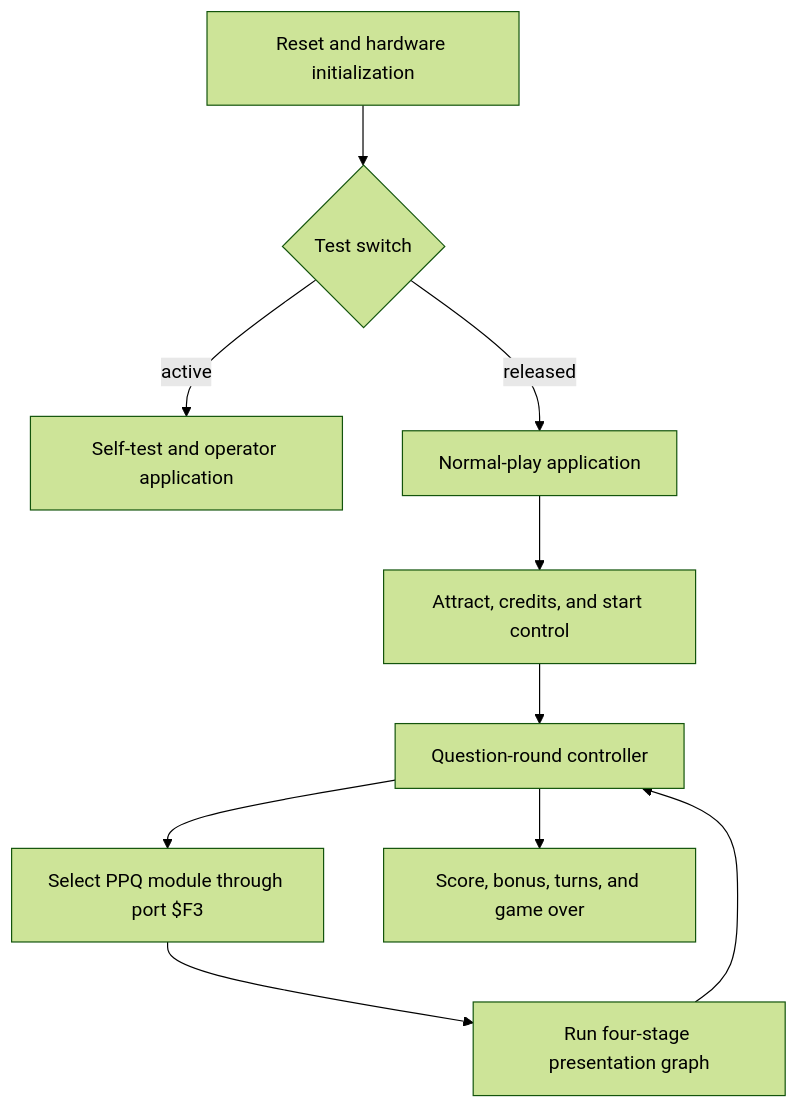
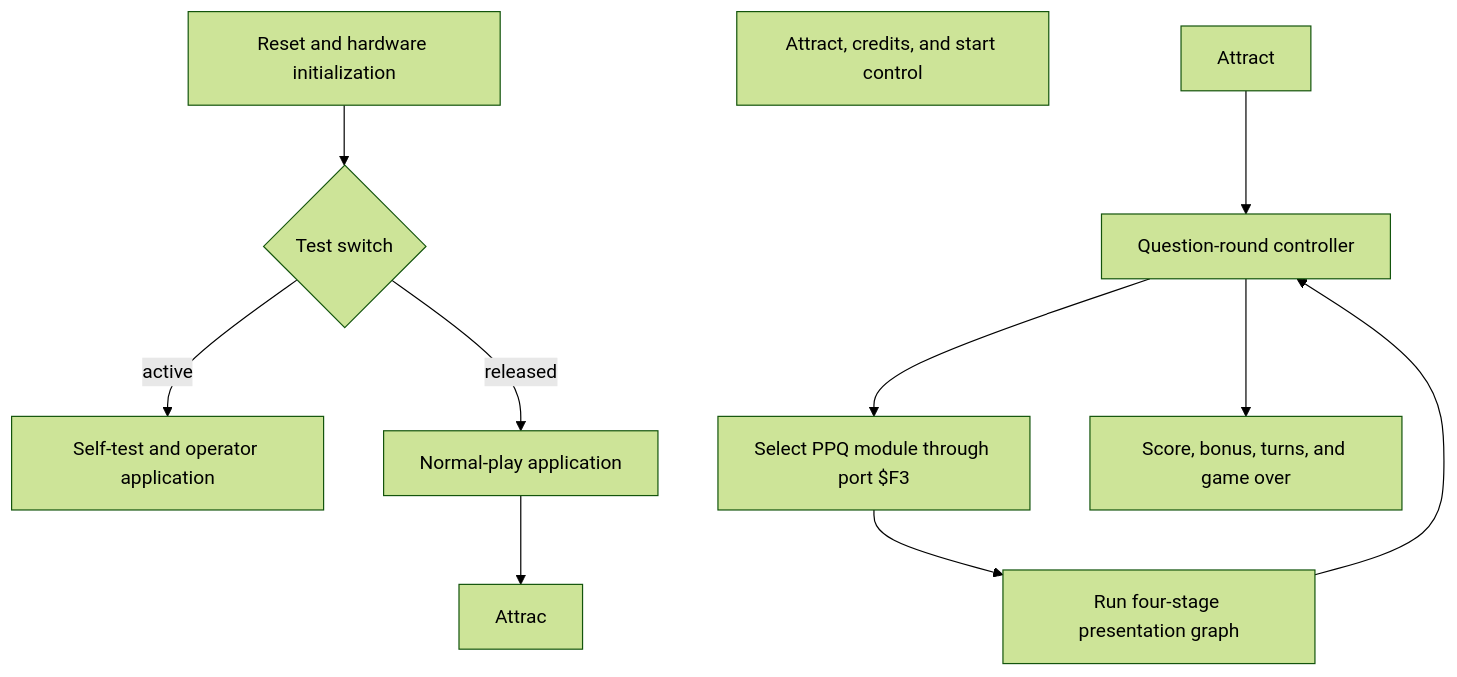
Before and after one commit to lizard43/profpac: the first of 2 diagrams in README.md, drawn with Mermaid (forest theme). The commit also changed other lines of this file, not shown here.

````diff
--- a/README.md
+++ b/README.md
@@ -36,12 +37,13 @@
 ```mermaid
 flowchart TD
     Reset["Reset and hardware initialization"] --> Mode{"Test switch"}
     Mode -->|"active"| Test["Self-test and operator application"]
     Mode -->|"released"| Main["Normal-play application"]
-    Main --> Attract["Attract, credits, and start control"]
+    Main --> Attrac
+t["Attract, credits, and start control"]
     Attract --> Round["Question-round controller"]
     Round --> Bank["Select PPQ module through port $F3"]
     Bank --> Present["Run four-stage presentation graph"]
     Present --> Round
     Round --> Result["Score, bonus, turns, and game over"]
 ```
````
